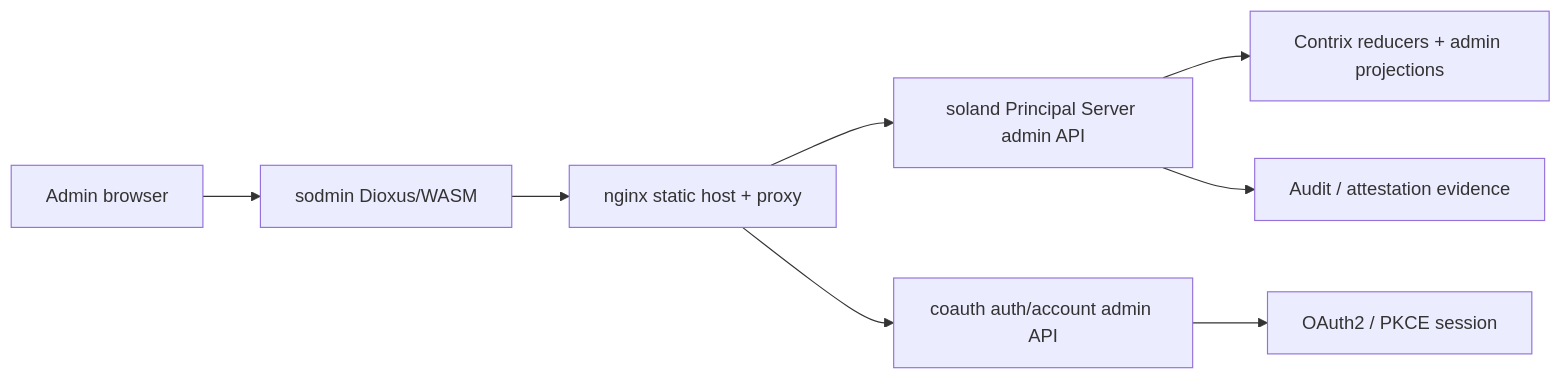
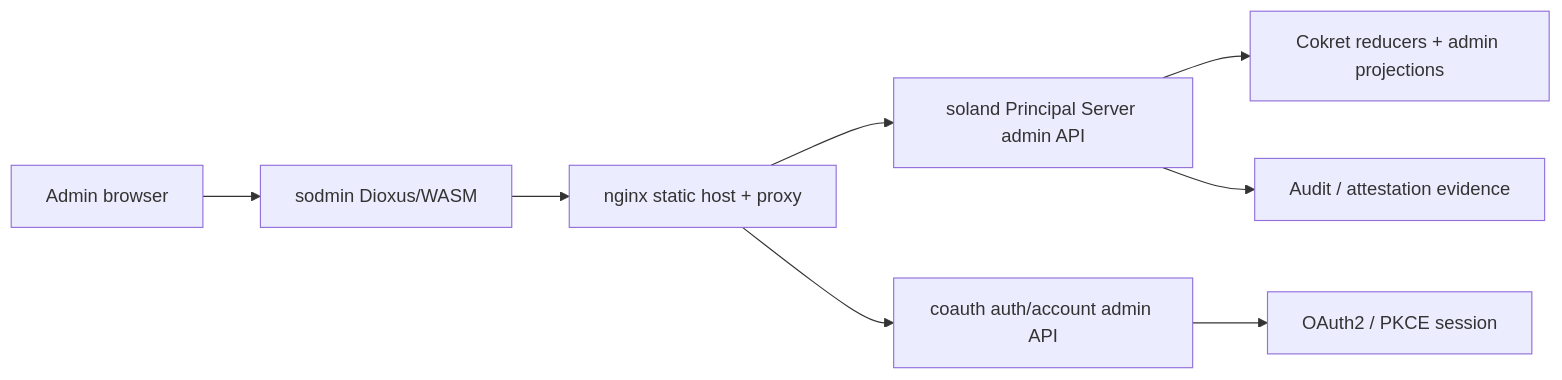
Before and after one commit to arkret-org/sodmin: the diagram in README.md, drawn with Mermaid. The commit also changed other lines of this file and 66 other files, not shown here.

Commit message:
rename contrix to cokret

````diff
--- a/README.md
+++ b/README.md
@@ -35,10 +35,10 @@
 ```mermaid
 flowchart LR
   Browser["Admin browser"] --> Sodmin["sodmin Dioxus/WASM"]
   Sodmin --> Nginx["nginx static host + proxy"]
   Nginx --> Soland["soland Principal Server admin API"]
   Nginx --> Coauth["coauth auth/account admin API"]
   Coauth --> OAuth["OAuth2 / PKCE session"]
-  Soland --> Reducers["Contrix reducers + admin projections"]
+  Soland --> Reducers["Cokret reducers + admin projections"]
   Soland --> Audit["Audit / attestation evidence"]
 ```
````
